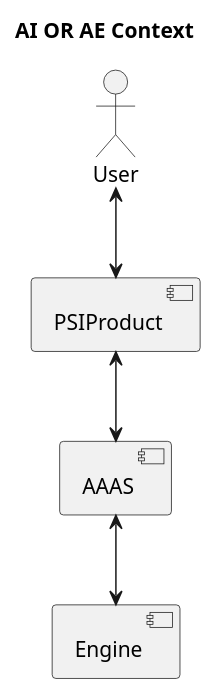
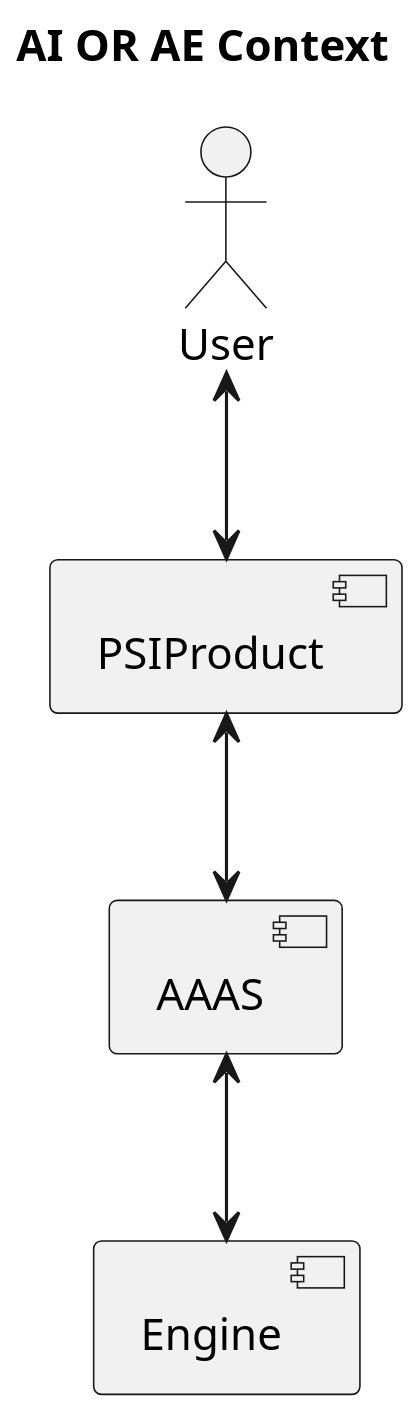
One commit to PSI-Polska/aaas-java6 changed the diagram in doc/4c/1.0 AIORAE context.plantuml. Above: the diagram before and after it, drawn with PlantUML. The commit also changed 12 other files, not shown here.

```diff
--- a/doc/4c/1.0 AIORAE context.plantuml
+++ b/doc/4c/1.0 AIORAE context.plantuml
@@ -1,24 +1,24 @@
 @startuml
-skinparam componentStyle uml2
+skinparam dpi 200
 
 title AI OR AE Context
 
 actor User
 component PSIProduct as PSI
 component AAAS as 3as
 component Engine as engine
 
 ' The most basic Community AIORAE need:
 ' provide already existing artificial inteligence, data engeneering solutions to PSIproduct.
 ' This means using as "The engine": python, R, mathematica, matlab, julia to name a few.
 ' Goals:
 ' * simple to add to product
 ' * able to use at least: R, python (which means Keras). Opened for extensions.
 ' * simple to set up (3AS together with the engine)
 
 User <--> PSI
 PSI <--> 3as
 3as <--> engine
 
 
 @enduml
```
